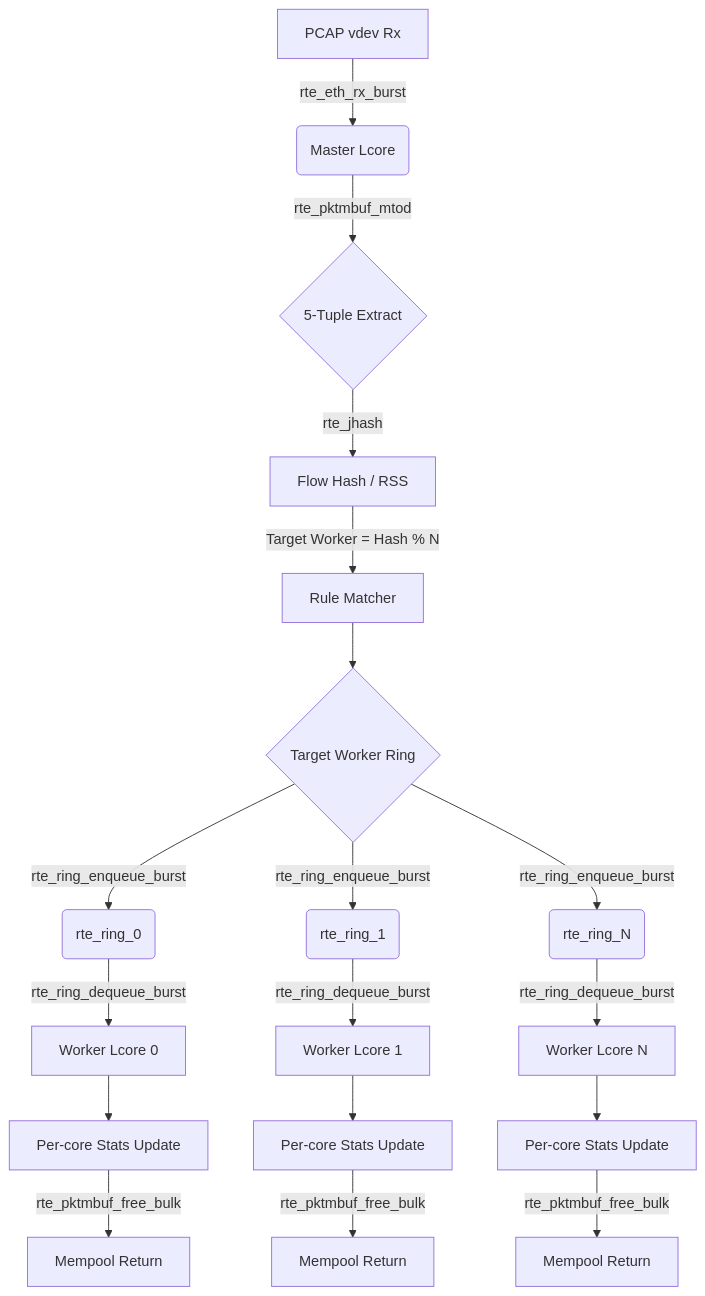
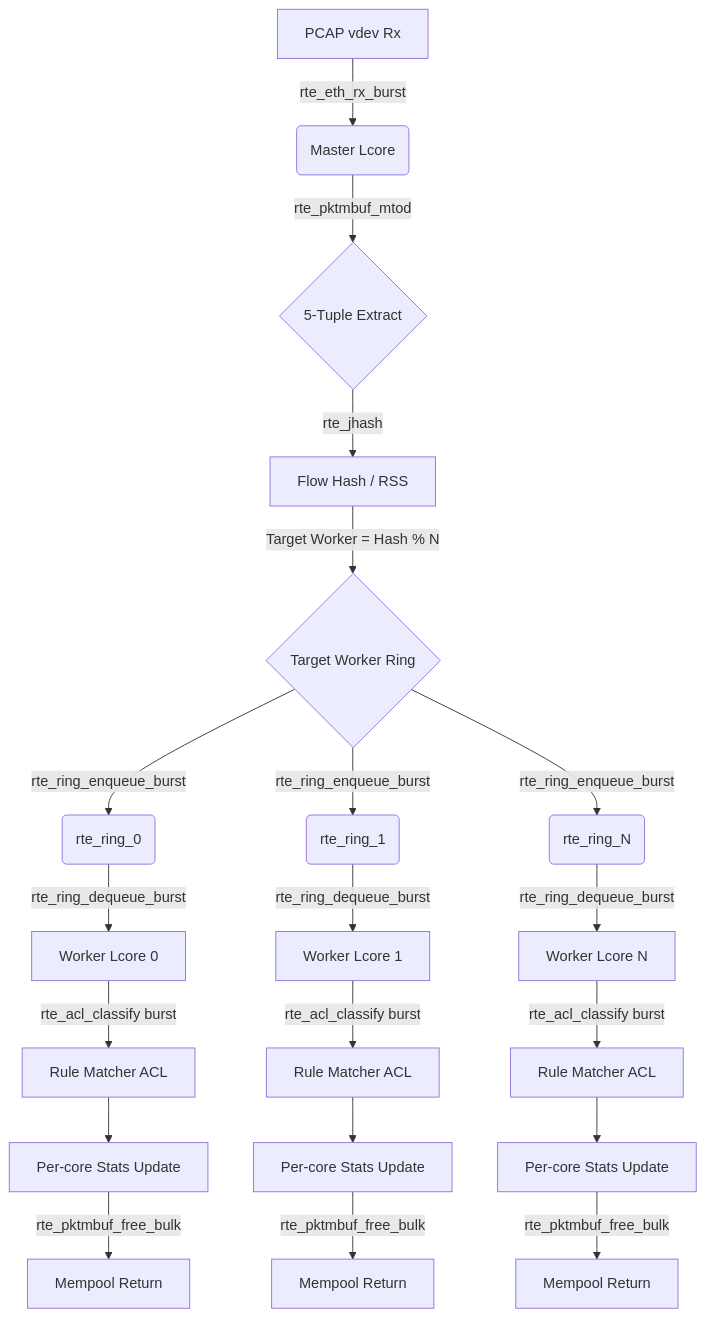
One commit to ducanh2006/hpc-spi-classifier changed the diagram in README.md. Above: the diagram before and after it, drawn with Mermaid. The commit also changed other lines of this file, not shown here.

````diff
--- a/README.md
+++ b/README.md
@@ -274,24 +315,27 @@
 ```mermaid
 graph TD
     A[PCAP vdev Rx] -->|rte_eth_rx_burst| B(Master Lcore)
     B -->|rte_pktmbuf_mtod| C{5-Tuple Extract}
     C -->|rte_jhash| D[Flow Hash / RSS]
-    D -->|Target Worker = Hash % N| E[Rule Matcher]
-    E --> F{Target Worker Ring}
+    D -->|Target Worker = Hash % N| F{Target Worker Ring}
     
     F -->|rte_ring_enqueue_burst| R0(rte_ring_0)
     F -->|rte_ring_enqueue_burst| R1(rte_ring_1)
     F -->|rte_ring_enqueue_burst| RN(rte_ring_N)
     
     R0 -->|rte_ring_dequeue_burst| W0[Worker Lcore 0]
     R1 -->|rte_ring_dequeue_burst| W1[Worker Lcore 1]
     RN -->|rte_ring_dequeue_burst| WN[Worker Lcore N]
     
-    W0 --> G0[Per-core Stats Update]
-    W1 --> G1[Per-core Stats Update]
-    WN --> GN[Per-core Stats Update]
+    W0 -->|rte_acl_classify burst| E0[Rule Matcher ACL]
+    W1 -->|rte_acl_classify burst| E1[Rule Matcher ACL]
+    WN -->|rte_acl_classify burst| EN[Rule Matcher ACL]
+    
+    E0 --> G0[Per-core Stats Update]
+    E1 --> G1[Per-core Stats Update]
+    EN --> GN[Per-core Stats Update]
     
     G0 -->|rte_pktmbuf_free_bulk| H0[Mempool Return]
     G1 -->|rte_pktmbuf_free_bulk| H1[Mempool Return]
     GN -->|rte_pktmbuf_free_bulk| HN[Mempool Return]
 ```
````
